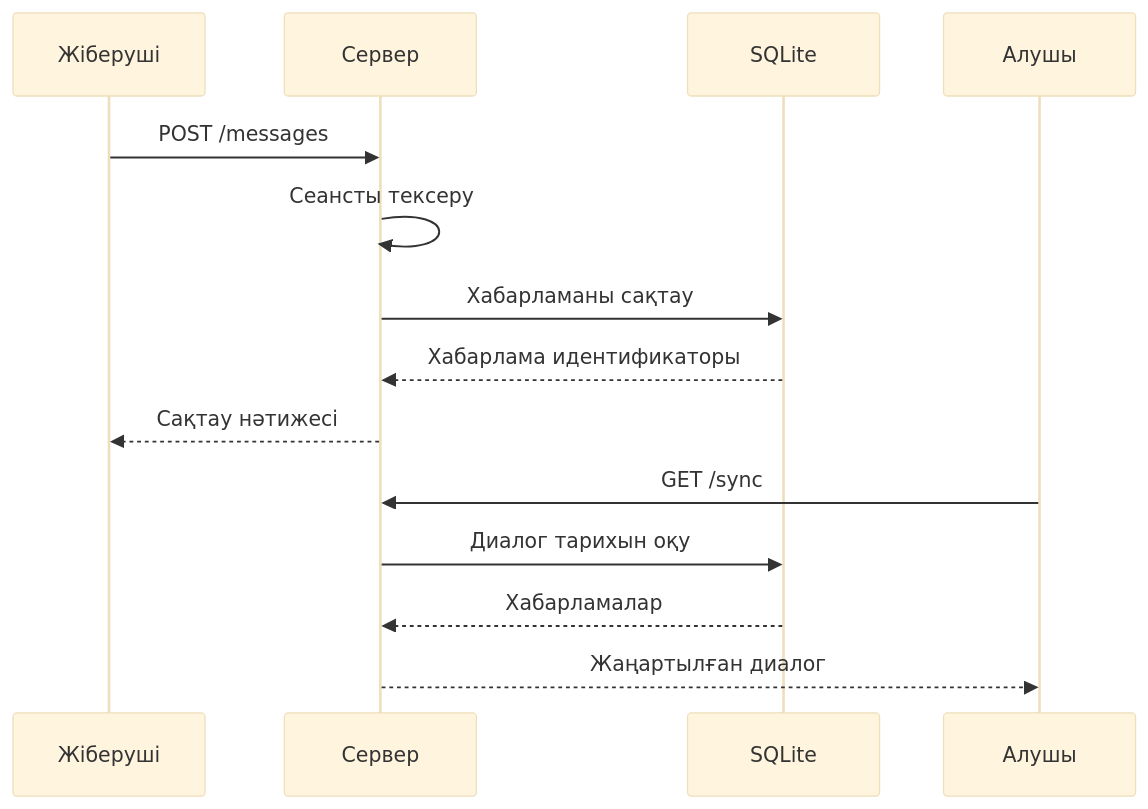
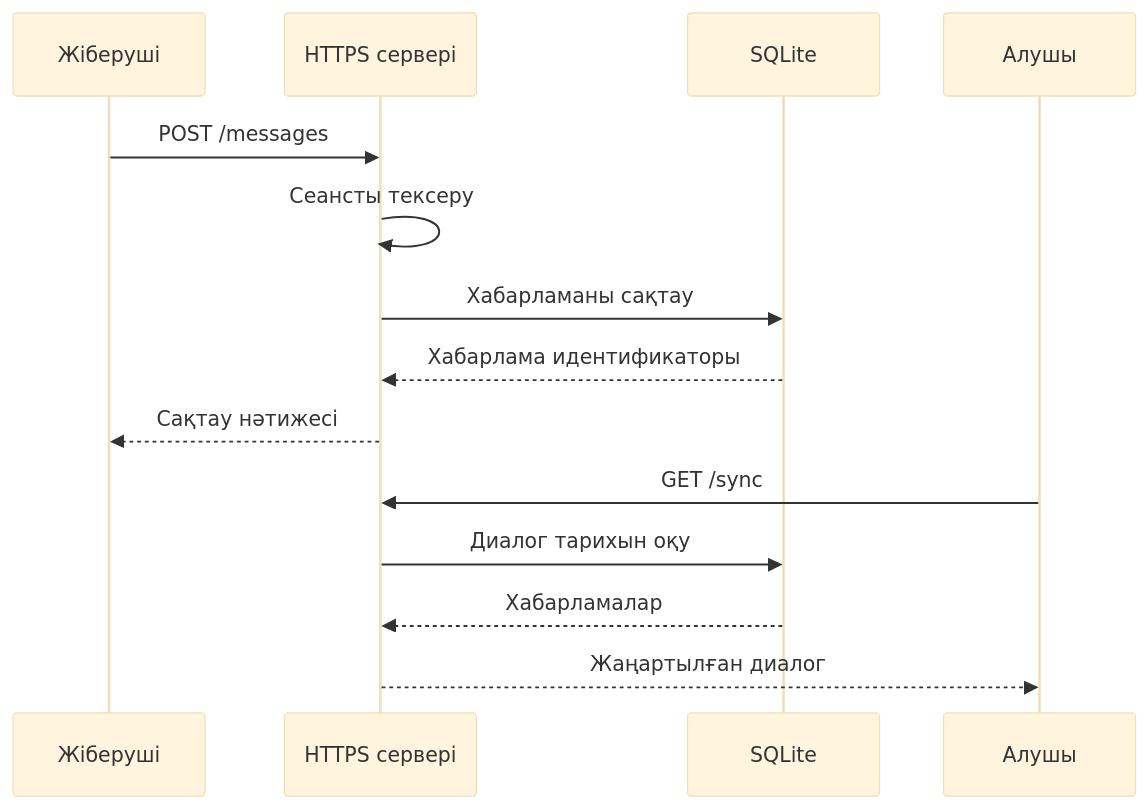
Before and after one commit to DizzDer/noname-messenger: the second of 2 diagrams in README.md, drawn with Mermaid (base theme). The commit also changed other lines of this file and 40 other files, not shown here.

````diff
--- a/README.md
+++ b/README.md
@@ -33,16 +146,16 @@
 ```mermaid
 sequenceDiagram
     participant A as Жіберуші
-    participant S as Сервер
+    participant S as HTTPS сервері
     participant D as SQLite
     participant B as Алушы
     A->>S: POST /messages
     S->>S: Сеансты тексеру
     S->>D: Хабарламаны сақтау
     D-->>S: Хабарлама идентификаторы
     S-->>A: Сақтау нәтижесі
     B->>S: GET /sync
     S->>D: Диалог тарихын оқу
     D-->>S: Хабарламалар
     S-->>B: Жаңартылған диалог
 ```
````
